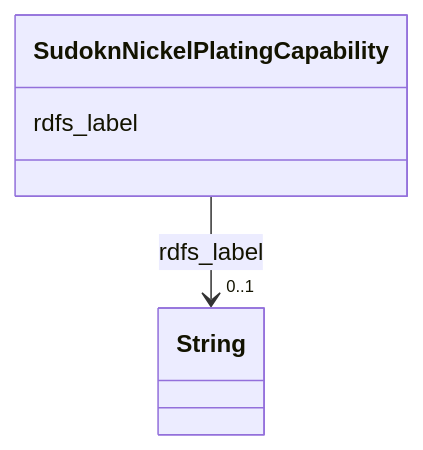
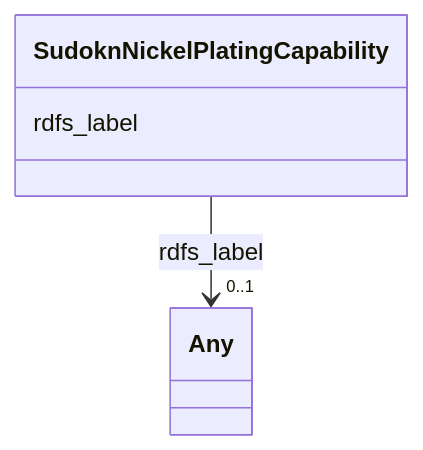
The diagram in sudokn-kg/classes/SudoknNickelPlatingCapability.md (frink-okn/graph-descriptions), drawn with Mermaid before and after one commit. The commit also changed other lines of this file and 903 other files, not shown here.

````diff
--- a/sudokn-kg/classes/SudoknNickelPlatingCapability.md
+++ b/sudokn-kg/classes/SudoknNickelPlatingCapability.md
@@ -23,15 +18,15 @@
 ```mermaid
  classDiagram
     class SudoknNickelPlatingCapability
     click SudoknNickelPlatingCapability href "../SudoknNickelPlatingCapability"
       SudoknNickelPlatingCapability : rdfs_label
         
           
     
     
-    SudoknNickelPlatingCapability --> "0..1" String : rdfs_label
-    click String href "../String"
+    SudoknNickelPlatingCapability --> "0..1" Any : rdfs_label
+    click Any href "../Any"
 
         
       
 ```
````
